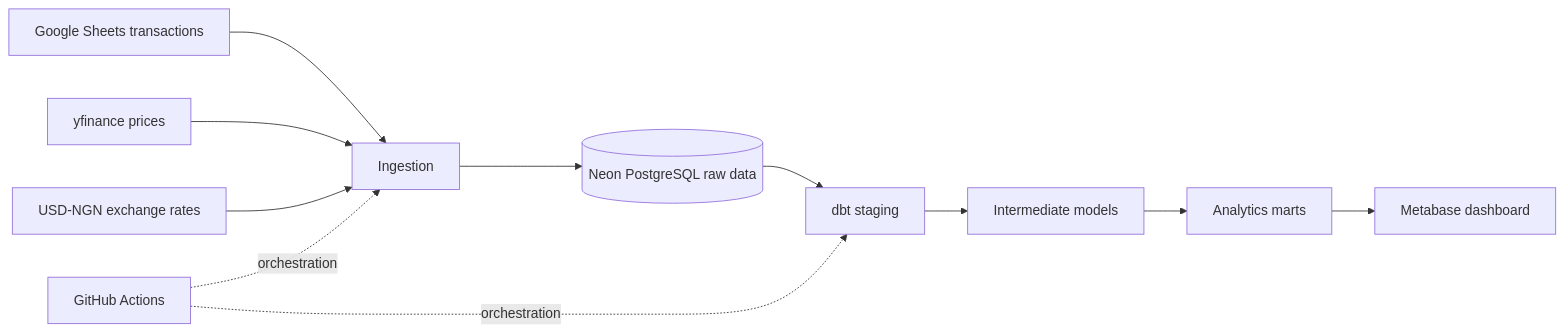
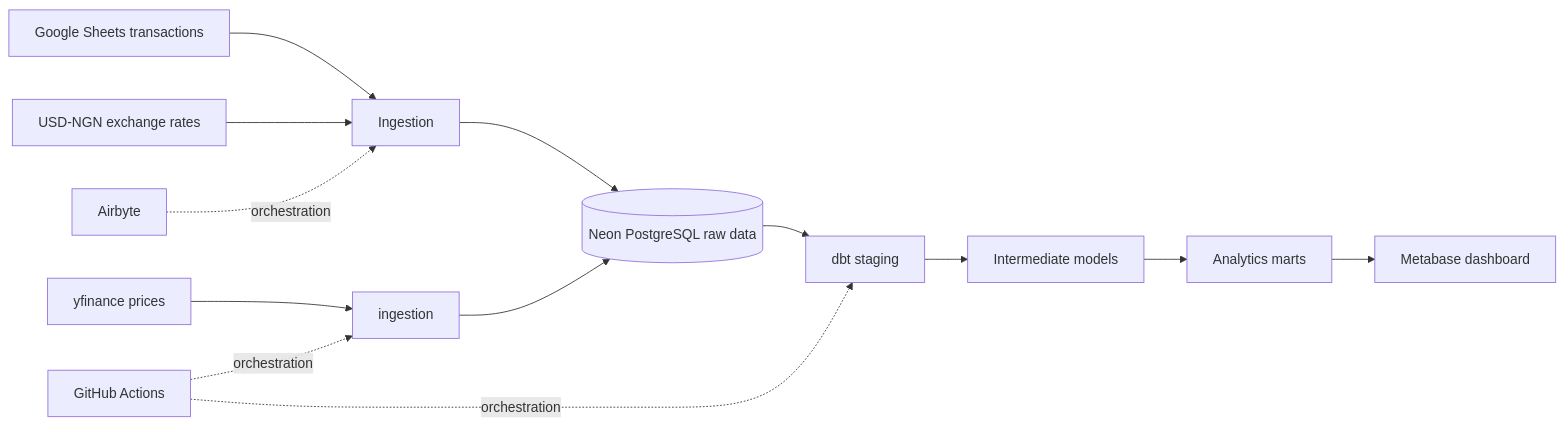
One commit to Isaac-Inyang/Portfolio-Pulse changed the diagram in README.md. Above: the diagram before and after it, drawn with Mermaid. The commit also changed 8 other files, not shown here.

````diff
--- a/README.md
+++ b/README.md
@@ -18,13 +18,15 @@
 ```mermaid
 flowchart LR
  A[Google Sheets transactions] --> D[Ingestion]
- B[yfinance prices] --> D
+ B[yfinance prices] --> E[ingestion]
  C[USD-NGN exchange rates] --> D
- D --> E[(Neon PostgreSQL raw data)]
- E --> F[dbt staging]
- F --> G[Intermediate models]
- G --> H[Analytics marts]
- H --> I[Metabase dashboard]
- J[GitHub Actions] -. orchestration .-> D
- J -. orchestration .-> F
+ D --> F[(Neon PostgreSQL raw data)]
+ E --> F
+ F --> G[dbt staging]
+ G --> H[Intermediate models]
+ H --> I[Analytics marts]
+ I --> J[Metabase dashboard]
+ K[GitHub Actions] -. orchestration .-> E
+ K -. orchestration .-> G
+ L[Airbyte] -. orchestration .-> D
 ```
````
